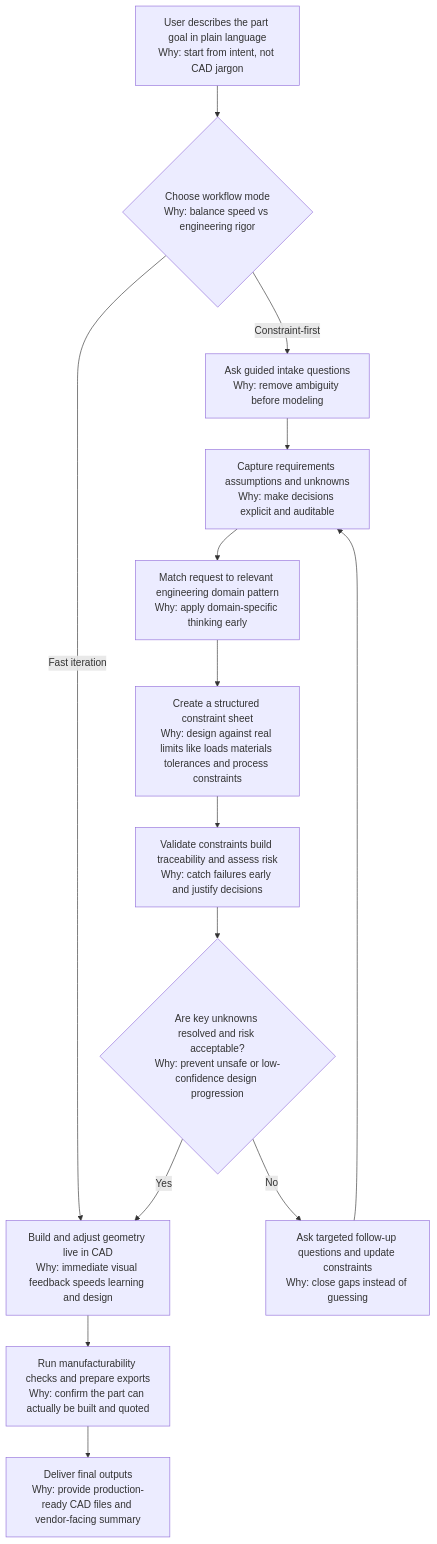
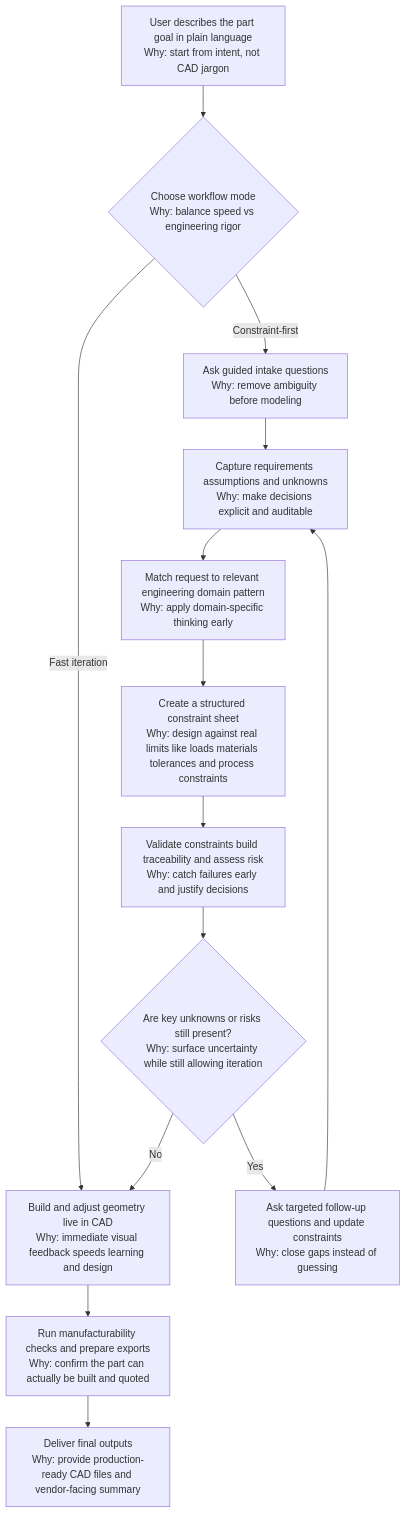
The first of 2 diagrams in README.md (John-Cusack/solidmind-cad), drawn with Mermaid before and after one commit. The commit also changed other lines of this file and 5 other files, not shown here.

````diff
--- a/README.md
+++ b/README.md
@@ -28,16 +28,16 @@
 ```mermaid
 flowchart TD
     A[User describes the part goal in plain language<br/>Why: start from intent, not CAD jargon] --> B{Choose workflow mode<br/>Why: balance speed vs engineering rigor}
     B -->|Fast iteration| C[Build and adjust geometry live in CAD<br/>Why: immediate visual feedback speeds learning and design]
     C --> D[Run manufacturability checks and prepare exports<br/>Why: confirm the part can actually be built and quoted]
     B -->|Constraint-first| E[Ask guided intake questions<br/>Why: remove ambiguity before modeling]
     E --> F[Capture requirements assumptions and unknowns<br/>Why: make decisions explicit and auditable]
     F --> G[Match request to relevant engineering domain pattern<br/>Why: apply domain-specific thinking early]
     G --> H[Create a structured constraint sheet<br/>Why: design against real limits like loads materials tolerances and process constraints]
     H --> I[Validate constraints build traceability and assess risk<br/>Why: catch failures early and justify decisions]
-    I --> J{Are key unknowns resolved and risk acceptable?<br/>Why: prevent unsafe or low-confidence design progression}
-    J -->|No| K[Ask targeted follow-up questions and update constraints<br/>Why: close gaps instead of guessing]
+    I --> J{Are key unknowns or risks still present?<br/>Why: surface uncertainty while still allowing iteration}
+    J -->|Yes| K[Ask targeted follow-up questions and update constraints<br/>Why: close gaps instead of guessing]
     K --> F
-    J -->|Yes| C
+    J -->|No| C
     D --> L[Deliver final outputs<br/>Why: provide production-ready CAD files and vendor-facing summary]
 ```
````
